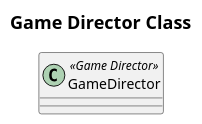
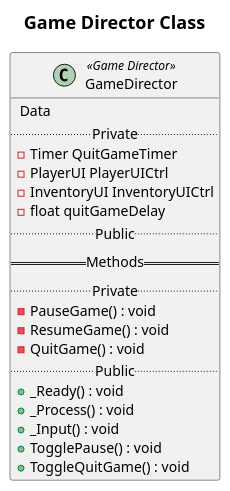
The diagram in UML Diagrams/src/Game Director Class.puml (kjtkanaly/LearningGodot), drawn with PlantUML before and after one commit. The commit also changed 14 other files, not shown here.

```diff
--- a/UML Diagrams/src/Game Director Class.puml
+++ b/UML Diagrams/src/Game Director Class.puml
@@ -1,9 +1,26 @@
 @startuml Game Director Object
 
 title = Game Director Class
 
 class GameDirector <<Game Director>> {
-    
+    == Data == 
+    .. Private ..
+    - Timer QuitGameTimer
+    - PlayerUI PlayerUICtrl
+    - InventoryUI InventoryUICtrl
+    - float quitGameDelay
+    .. Public ..
+    == Methods ==
+    .. Private ..
+    - PauseGame() : void
+    - ResumeGame() : void
+    - QuitGame() : void
+    .. Public ..
+    + _Ready() : void
+    + _Process() : void
+    + _Input() : void
+    + TogglePause() : void
+    + ToggleQuitGame() : void
 }
 
 @enduml
```
